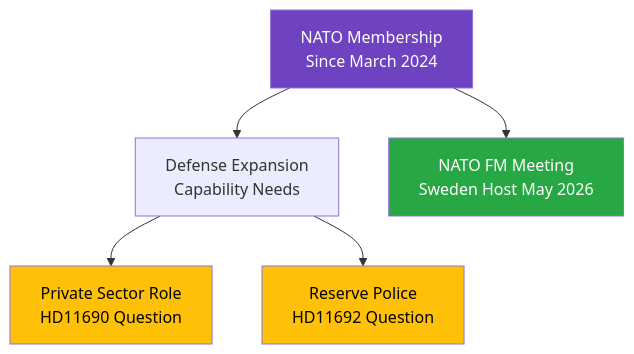
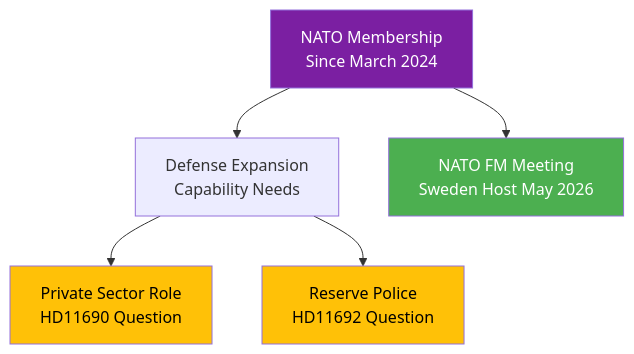
Before and after one commit to Hack23/riksdagsmonitor: the diagram in analysis/daily/2026-04-08/evening-analysis-2/documents/hd11690-analysis.md, drawn with Mermaid. The commit also changed 785 other files, not shown here.

First line of the commit message:
Normalize mermaid colors across 786 analysis artifacts to ISMS Style Guide palette

````diff
--- a/analysis/daily/2026-04-08/evening-analysis-2/documents/hd11690-analysis.md
+++ b/analysis/daily/2026-04-08/evening-analysis-2/documents/hd11690-analysis.md
@@ -19,12 +19,12 @@
 ```mermaid
 graph TD
     A["NATO Membership<br/>Since March 2024"] --> B["Defense Expansion<br/>Capability Needs"]
     B --> C["Private Sector Role<br/>HD11690 Question"]
     B --> D["Reserve Police<br/>HD11692 Question"]
     A --> E["NATO FM Meeting<br/>Sweden Host May 2026"]
 
-    style A fill:#6f42c1,color:#fff
-    style C fill:#ffc107,color:#000
-    style D fill:#ffc107,color:#000
-    style E fill:#28a745,color:#fff
+    style A fill:#7B1FA2,color:#FFFFFF
+    style C fill:#FFC107,color:#000000
+    style D fill:#FFC107,color:#000000
+    style E fill:#4CAF50,color:#FFFFFF
 ```
````
